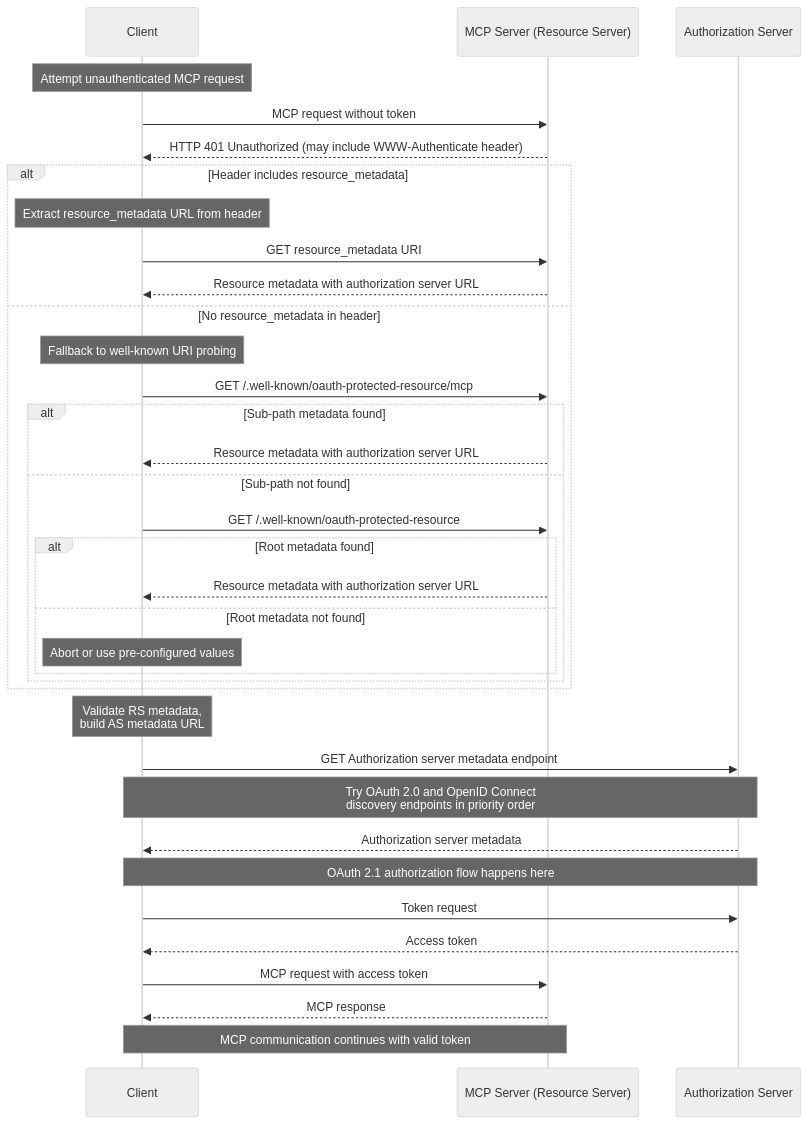
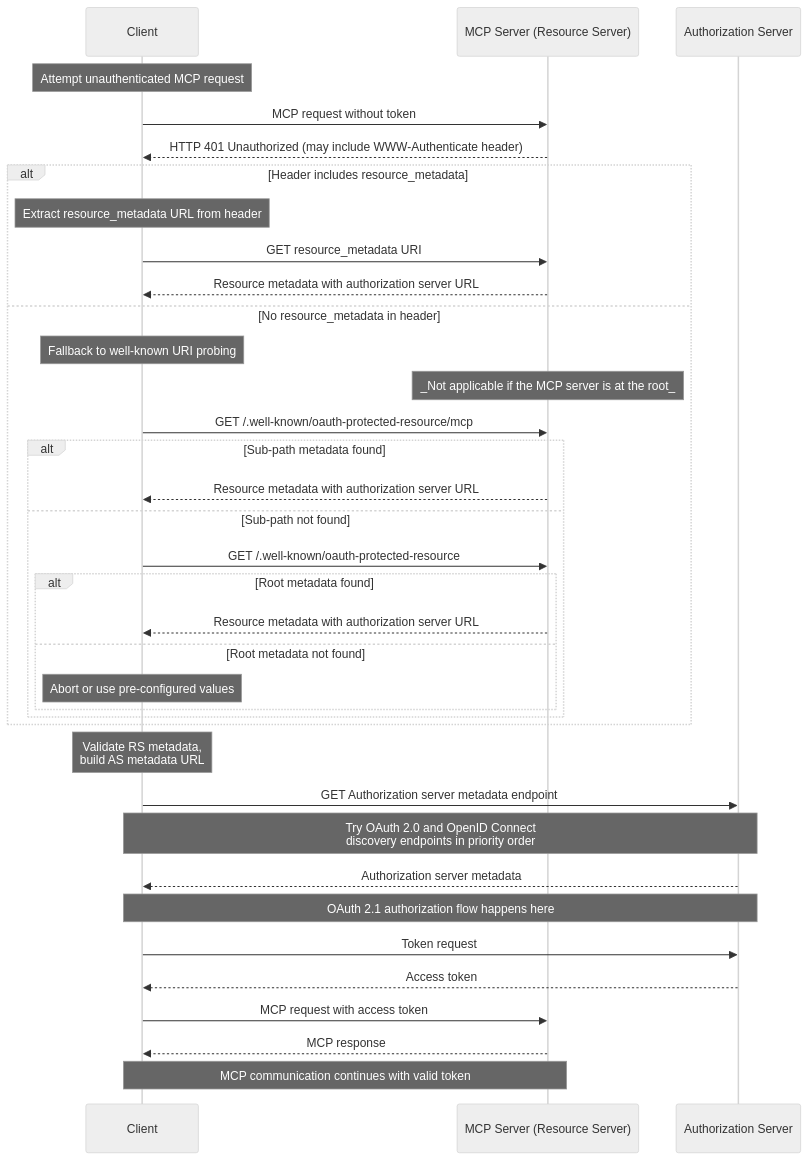
Before and after one commit to modelcontextprotocol/modelcontextprotocol: the first of 2 diagrams in docs/specification/draft/basic/authorization.mdx, drawn with Mermaid (neutral theme). The commit also changed other lines of this file, not shown here.

````diff
--- a/docs/specification/draft/basic/authorization.mdx
+++ b/docs/specification/draft/basic/authorization.mdx
@@ -124,44 +123,45 @@
 ```mermaid
 sequenceDiagram
     participant C as Client
     participant M as MCP Server (Resource Server)
     participant A as Authorization Server
 
     Note over C: Attempt unauthenticated MCP request
     C->>M: MCP request without token
     M-->>C: HTTP 401 Unauthorized (may include WWW-Authenticate header)
 
     alt Header includes resource_metadata
         Note over C: Extract resource_metadata URL from header
         C->>M: GET resource_metadata URI
         M-->>C: Resource metadata with authorization server URL
     else No resource_metadata in header
         Note over C: Fallback to well-known URI probing
+        Note over M: _Not applicable if the MCP server is at the root_
         C->>M: GET /.well-known/oauth-protected-resource/mcp
         alt Sub-path metadata found
             M-->>C: Resource metadata with authorization server URL
         else Sub-path not found
             C->>M: GET /.well-known/oauth-protected-resource
             alt Root metadata found
                 M-->>C: Resource metadata with authorization server URL
             else Root metadata not found
                 Note over C: Abort or use pre-configured values
             end
         end
     end
 
     Note over C: Validate RS metadata,<br />build AS metadata URL
 
     C->>A: GET Authorization server metadata endpoint
     Note over C,A: Try OAuth 2.0 and OpenID Connect<br/>discovery endpoints in priority order
     A-->>C: Authorization server metadata
 
     Note over C,A: OAuth 2.1 authorization flow happens here
 
     C->>A: Token request
     A-->>C: Access token
 
     C->>M: MCP request with access token
     M-->>C: MCP response
     Note over C,M: MCP communication continues with valid token
 ```
````
